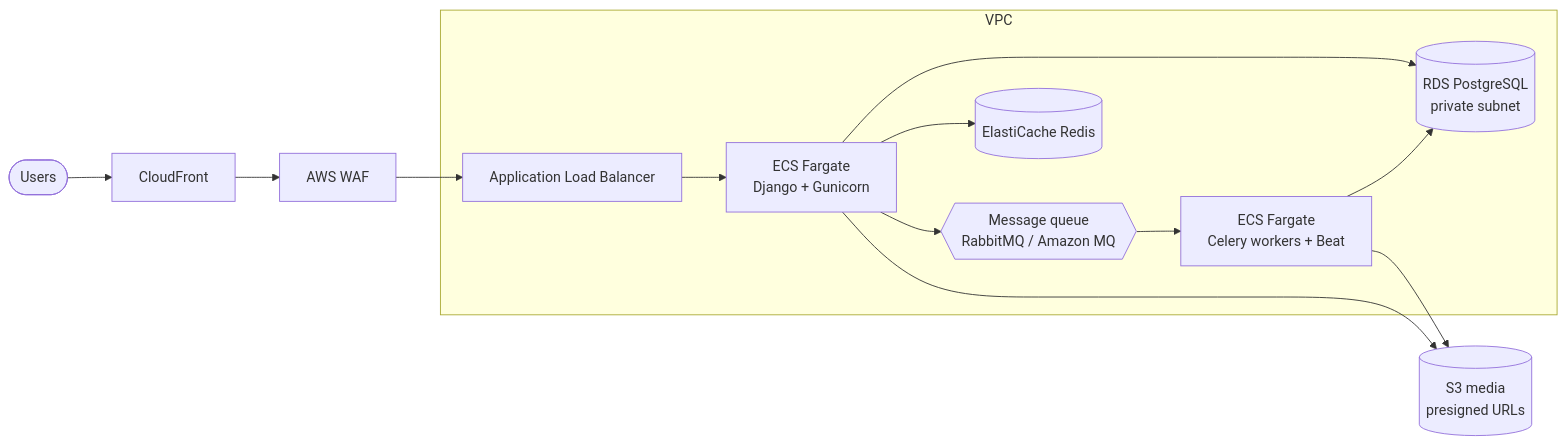
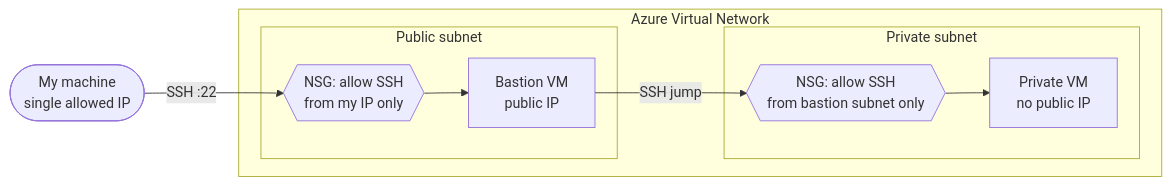
Before and after one commit to sharifndlovu123/sharifndlovu123: the diagram in README.md, drawn with Mermaid. The commit also changed other lines of this file, not shown here.

Commit message:
Update README.md to replace AWS deployment details with Azure bastion host setup

````diff
--- a/README.md
+++ b/README.md
@@ -130,16 +130,13 @@
 ```mermaid
 flowchart LR
-    U([Users]) --> CF[CloudFront]
-    CF --> WAF[AWS WAF]
-    WAF --> ALB[Application Load Balancer]
-    subgraph VPC
-        ALB --> WEB[ECS Fargate<br/>Django + Gunicorn]
-        WEB --> DB[(RDS PostgreSQL<br/>private subnet)]
-        WEB --> CACHE[(ElastiCache Redis)]
-        WEB --> MQ{{Message queue<br/>RabbitMQ / Amazon MQ}}
-        MQ --> WORKER[ECS Fargate<br/>Celery workers + Beat]
-        WORKER --> DB
+    ME([My machine<br/>single allowed IP]) -- "SSH :22" --> NSG1{{NSG: allow SSH<br/>from my IP only}}
+    subgraph VNET["Azure Virtual Network"]
+        subgraph PUB["Public subnet"]
+            NSG1 --> BASTION[Bastion VM<br/>public IP]
+        end
+        subgraph PRIV["Private subnet"]
+            NSG2{{NSG: allow SSH<br/>from bastion subnet only}} --> TARGET[Private VM<br/>no public IP]
+        end
+        BASTION -- "SSH jump" --> NSG2
     end
-    WEB --> S3[(S3 media<br/>presigned URLs)]
-    WORKER --> S3
 ```
````
